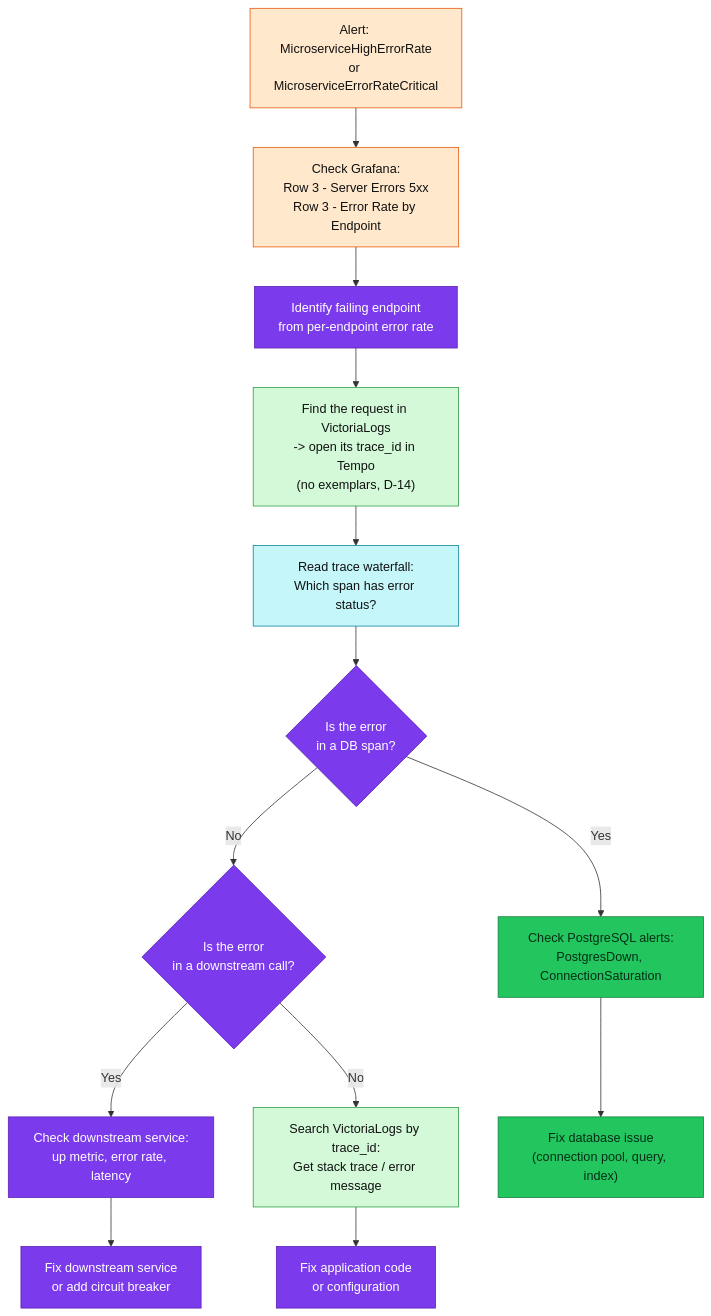
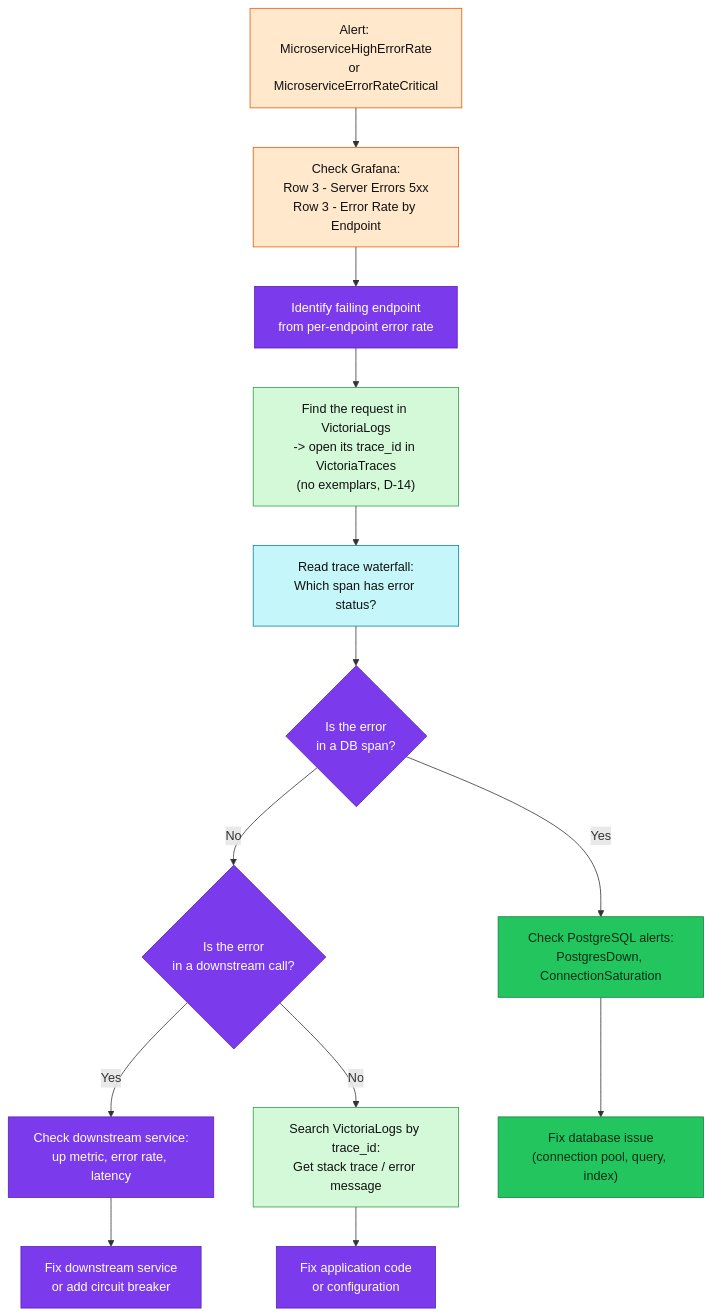
Before and after one commit to duynhlab/homelab: the first of 4 diagrams in docs/observability/runbooks/microservices/README.md, drawn with Mermaid. The commit also changed other lines of this file and 57 other files, not shown here.

````diff
--- a/docs/observability/runbooks/microservices/README.md
+++ b/docs/observability/runbooks/microservices/README.md
@@ -127,32 +127,32 @@
 ```mermaid
 flowchart TD
     Start["Alert: MicroserviceHighErrorRate\nor MicroserviceErrorRateCritical"] --> CheckDashboard["Check Grafana:\nRow 3 - Server Errors 5xx\nRow 3 - Error Rate by Endpoint"]
 
     CheckDashboard --> IdentifyEndpoint["Identify failing endpoint\nfrom per-endpoint error rate"]
 
-    IdentifyEndpoint --> CheckExemplar["Find the request in VictoriaLogs\n-> open its trace_id in Tempo\n(no exemplars, D-14)"]
+    IdentifyEndpoint --> CheckExemplar["Find the request in VictoriaLogs\n-> open its trace_id in VictoriaTraces\n(no exemplars, D-14)"]
 
     CheckExemplar --> ReadTrace["Read trace waterfall:\nWhich span has error status?"]
 
     ReadTrace --> IsDB{"Is the error<br/>in a DB span?"}
     IsDB -->|Yes| CheckPostgres["Check PostgreSQL alerts:\nPostgresDown, ConnectionSaturation"]
     IsDB -->|No| IsDownstream{"Is the error<br/>in a downstream call?"}
 
     IsDownstream -->|Yes| CheckDownstream["Check downstream service:\nup metric, error rate, latency"]
     IsDownstream -->|No| CheckLogs["Search VictoriaLogs by trace_id:\nGet stack trace / error message"]
 
     CheckLogs --> FixCode["Fix application code\nor configuration"]
     CheckPostgres --> FixDB["Fix database issue\n(connection pool, query, index)"]
     CheckDownstream --> FixDownstream["Fix downstream service\nor add circuit breaker"]
 
     classDef metric fill:#ffe8cc,color:#111,stroke:#e8590c;
     classDef log fill:#d3f9d8,color:#111,stroke:#2f9e44;
     classDef trace fill:#c5f6fa,color:#111,stroke:#0c8599;
     classDef data fill:#22c55e,color:#052e16,stroke:#15803d;
     classDef platform fill:#7c3aed,color:#fff,stroke:#5b21b6;
     class Start,CheckDashboard metric;
     class CheckExemplar,CheckLogs log;
     class ReadTrace trace;
     class CheckPostgres,FixDB data;
     class IdentifyEndpoint,IsDB,IsDownstream,CheckDownstream,FixCode,FixDownstream platform;
 ```
````
